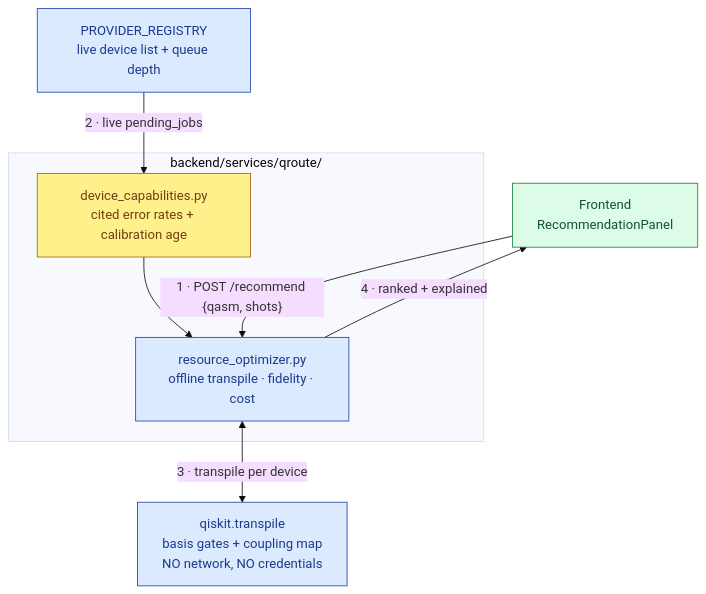
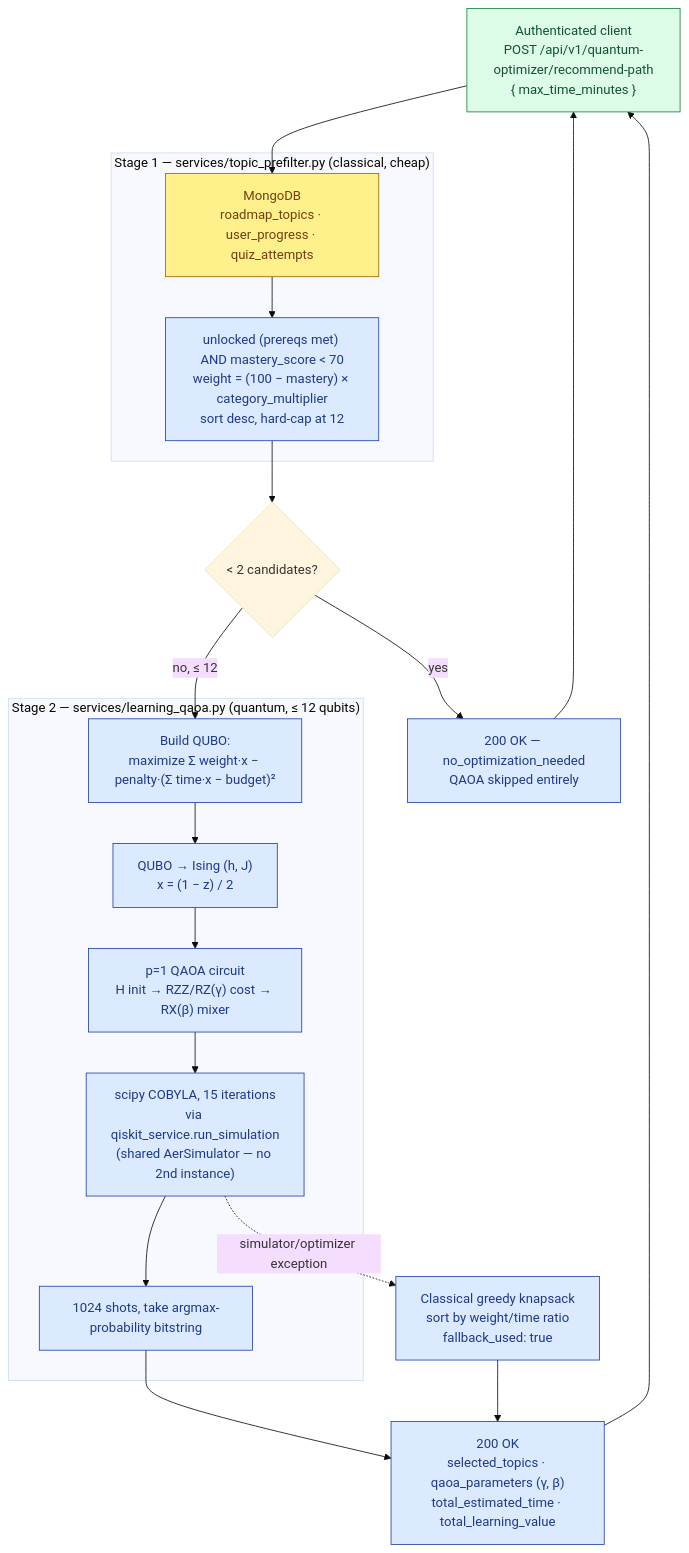
One commit to sarvan-2187/qrious changed the tenth of 10 diagrams in README.md. Above: the diagram before and after it, drawn with Mermaid (base theme). The commit also changed other lines of this file and 12 other files, not shown here.

Commit message:
feat: added QAOA Based Learning Path Optimizer

````diff
--- a/README.md
+++ b/README.md
@@ -437,23 +437,39 @@
 ```mermaid
 flowchart TD
     classDef frontend fill:#dcfce7,stroke:#15803d,color:#14532d
     classDef api fill:#dbeafe,stroke:#1e40af,color:#1e3a8a
     classDef data fill:#fef08a,stroke:#a16207,color:#713f12
     classDef external fill:#ede9fe,stroke:#6d28d9,color:#4c1d95
 
-    FE["Frontend<br/>RecommendationPanel"]:::frontend
+    CLIENT["Authenticated client<br/>POST /api/v1/quantum-optimizer/recommend-path<br/>{ max_time_minutes }"]:::frontend
 
-    subgraph OPT["backend/services/qroute/"]
-        CAP["device_capabilities.py<br/>cited error rates + calibration age"]:::data
-        ENG["resource_optimizer.py<br/>offline transpile · fidelity · cost"]:::api
-        CAP --> ENG
+    subgraph S1["Stage 1 — services/topic_prefilter.py (classical, cheap)"]
+        MONGO["MongoDB<br/>roadmap_topics · user_progress · quiz_attempts"]:::data
+        FILTER["unlocked (prereqs met) AND mastery_score < 70<br/>weight = (100 − mastery) × category_multiplier<br/>sort desc, hard-cap at 12"]:::api
+        MONGO --> FILTER
     end
 
-    REG["PROVIDER_REGISTRY<br/>live device list + queue depth"]:::api
-    QISKIT["qiskit.transpile<br/>basis gates + coupling map<br/>NO network, NO credentials"]:::api
+    DECIDE{"&lt; 2 candidates?"}
+    NOOPT["200 OK — no_optimization_needed<br/>QAOA skipped entirely"]:::api
 
-    FE -->|"1 · POST /recommend {qasm, shots}"| ENG
-    REG -->|"2 · live pending_jobs"| CAP
-    ENG <-->|"3 · transpile per device"| QISKIT
-    ENG -->|"4 · ranked + explained"| FE
+    subgraph S2["Stage 2 — services/learning_qaoa.py (quantum, ≤ 12 qubits)"]
+        QUBO["Build QUBO:<br/>maximize Σ weight·x − penalty·(Σ time·x − budget)²"]:::api
+        ISING["QUBO → Ising (h, J)<br/>x = (1 − z) / 2"]:::api
+        CIRC["p=1 QAOA circuit<br/>H init → RZZ/RZ(γ) cost → RX(β) mixer"]:::api
+        OPT["scipy COBYLA, 15 iterations<br/>via qiskit_service.run_simulation<br/>(shared AerSimulator — no 2nd instance)"]:::api
+        FINAL["1024 shots, take argmax-probability bitstring"]:::api
+        QUBO --> ISING --> CIRC --> OPT --> FINAL
+    end
+
+    FALLBACK["Classical greedy knapsack<br/>sort by weight/time ratio<br/>fallback_used: true"]:::api
+    RESP["200 OK<br/>selected_topics · qaoa_parameters (γ, β)<br/>total_estimated_time · total_learning_value"]:::api
+
+    CLIENT --> MONGO
+    FILTER --> DECIDE
+    DECIDE -->|"yes"| NOOPT --> CLIENT
+    DECIDE -->|"no, ≤ 12"| QUBO
+    FINAL --> RESP
+    OPT -.->|"simulator/optimizer exception"| FALLBACK
+    FALLBACK --> RESP
+    RESP --> CLIENT
 ```
````
